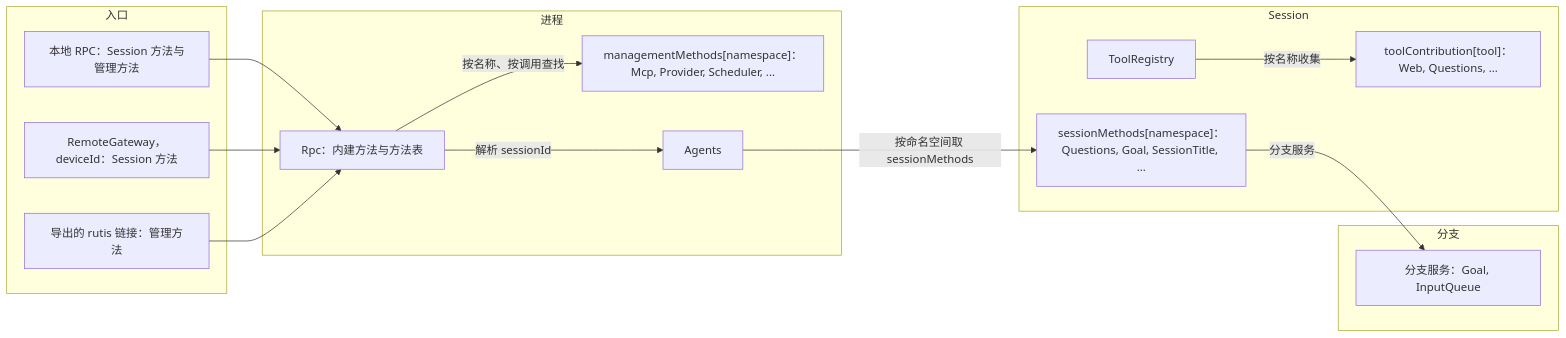
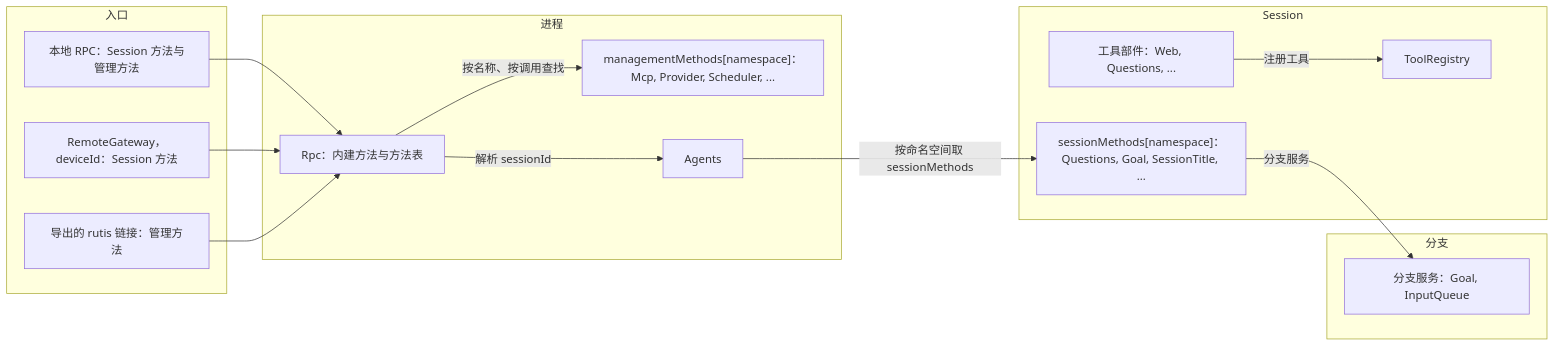
One commit to CoutinhoTTS/dim-agent changed the first of 3 diagrams in docs/zh/design/contracts/session-boundary.md. Above: the diagram before and after it, drawn with Mermaid. The commit also changed other lines of this file and 101 other files, not shown here.

````diff
--- a/docs/zh/design/contracts/session-boundary.md
+++ b/docs/zh/design/contracts/session-boundary.md
@@ -21,29 +21,29 @@
 ```mermaid
 flowchart LR
   subgraph ENT["入口"]
     Local["本地 RPC：Session 方法与管理方法"]
     Remote["RemoteGateway，deviceId：Session 方法"]
     Link["导出的 rutis 链接：管理方法"]
   end
   subgraph PROC["进程"]
     Rpc["Rpc：内建方法与方法表"]
     MM["managementMethods[namespace]：Mcp, Provider, Scheduler, ..."]
     AI["Agents"]
   end
   subgraph SES["Session"]
     SM["sessionMethods[namespace]：Questions, Goal, SessionTitle, ..."]
     TR["ToolRegistry"]
-    TC2["toolContribution[tool]：Web, Questions, ..."]
+    TC2["工具部件：Web, Questions, ..."]
   end
   subgraph BR["分支"]
     BS["分支服务：Goal, InputQueue"]
   end
   Local --> Rpc
   Remote --> Rpc
   Link --> Rpc
   Rpc -->|"按名称、按调用查找"| MM
   Rpc -->|"解析 sessionId"| AI
   AI -->|"按命名空间取 sessionMethods"| SM
   SM -->|"分支服务"| BS
-  TR -->|"按名称收集"| TC2
+  TC2 -->|"注册工具"| TR
 ```
````
